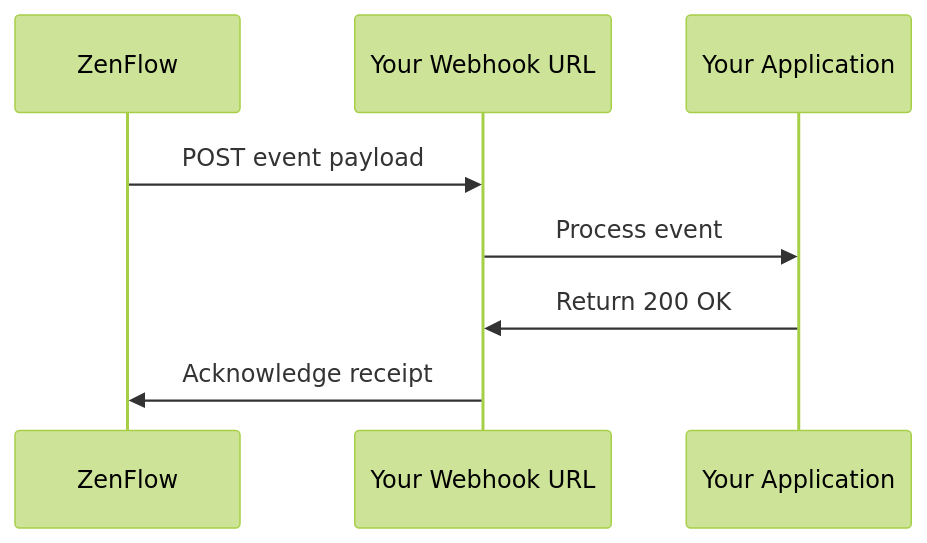
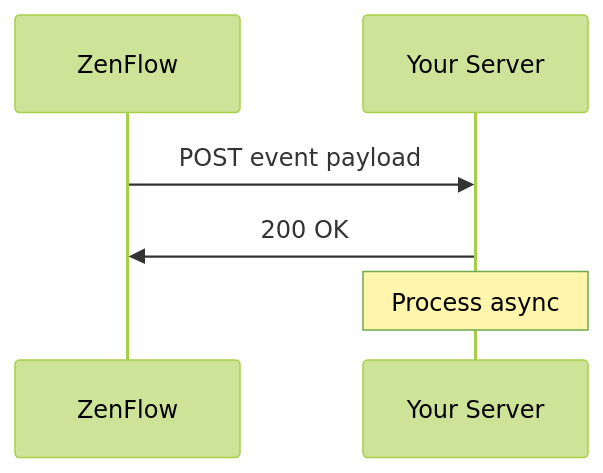
Before and after one commit to facumartinn/mintlify-docs: the diagram in en/guides/webhooks.mdx, drawn with Mermaid (forest theme). The commit also changed other lines of this file and 6 other files, not shown here.

````diff
--- a/en/guides/webhooks.mdx
+++ b/en/guides/webhooks.mdx
@@ -12,11 +12,9 @@
 ```mermaid
 sequenceDiagram
     participant ZF as ZenFlow
-    participant WH as Your Webhook URL
-    participant App as Your Application
+    participant WH as Your Server
 
     ZF->>WH: POST event payload
-    WH->>App: Process event
-    App->>WH: Return 200 OK
-    WH->>ZF: Acknowledge receipt
+    WH->>ZF: 200 OK
+    Note over WH: Process async
 ```
````
